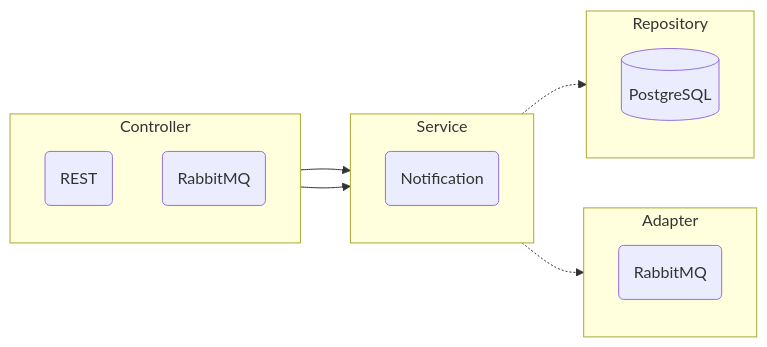
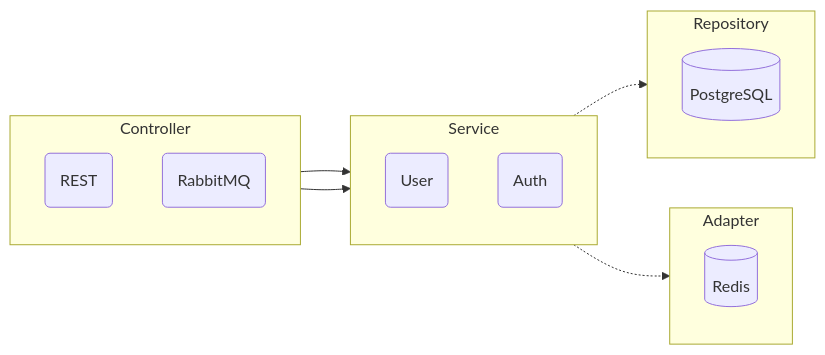
The diagram in services/notification/readme.md (dsbasko/yandex-go-diploma-1), drawn with Mermaid before and after one commit. The commit also changed other lines of this file and 34 other files, not shown here.

````diff
--- a/services/notification/readme.md
+++ b/services/notification/readme.md
@@ -14,27 +19,28 @@
 ```mermaid
 flowchart LR
 
     subgraph controller[Controller]
         direction TB
         rest(REST)
         rmqConsumer(RabbitMQ)
     end
 
     subgraph service[Service]
         direction TB
-        notificationService(Notification)
+        userService(User)
+        authService(Auth)
     end
 
     subgraph repository[Repository]
         direction TB
         psql[(PostgreSQL)]
     end
 
     subgraph adapter[Adapter]
         direction TB
-        rmqPublisher(RabbitMQ)
+        redis[(Redis)]
     end
     
     rest & rmqConsumer --> service
     service -.-> repository & adapter
 ```
````
